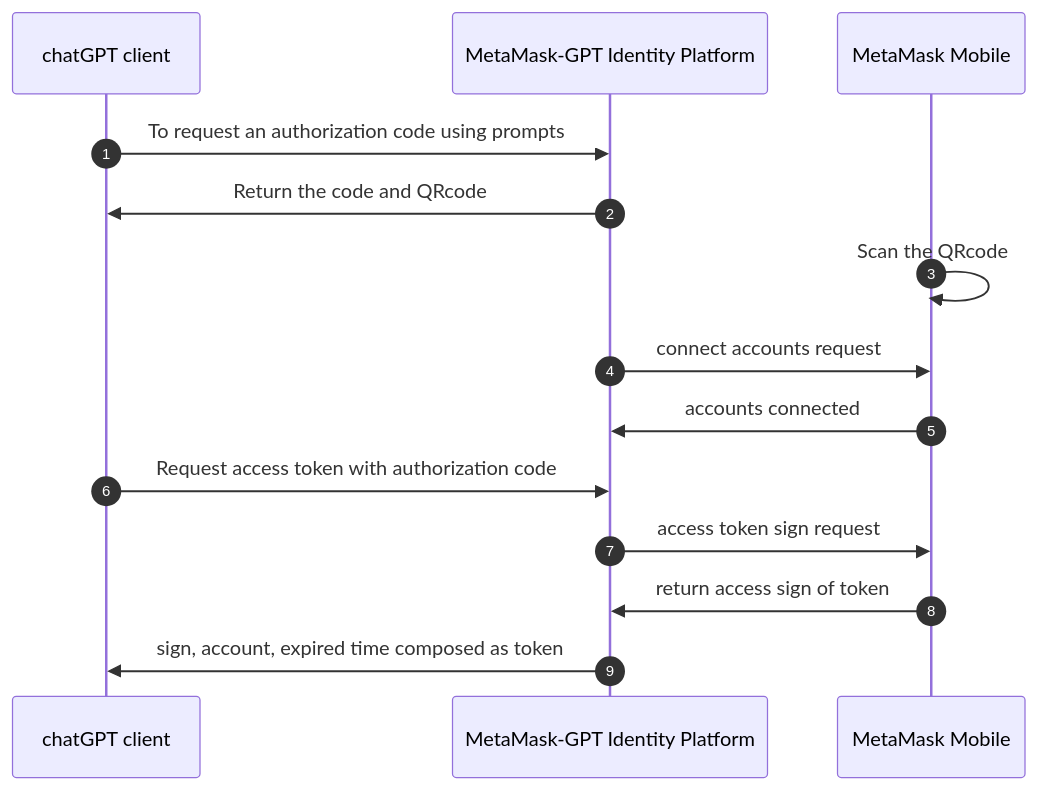
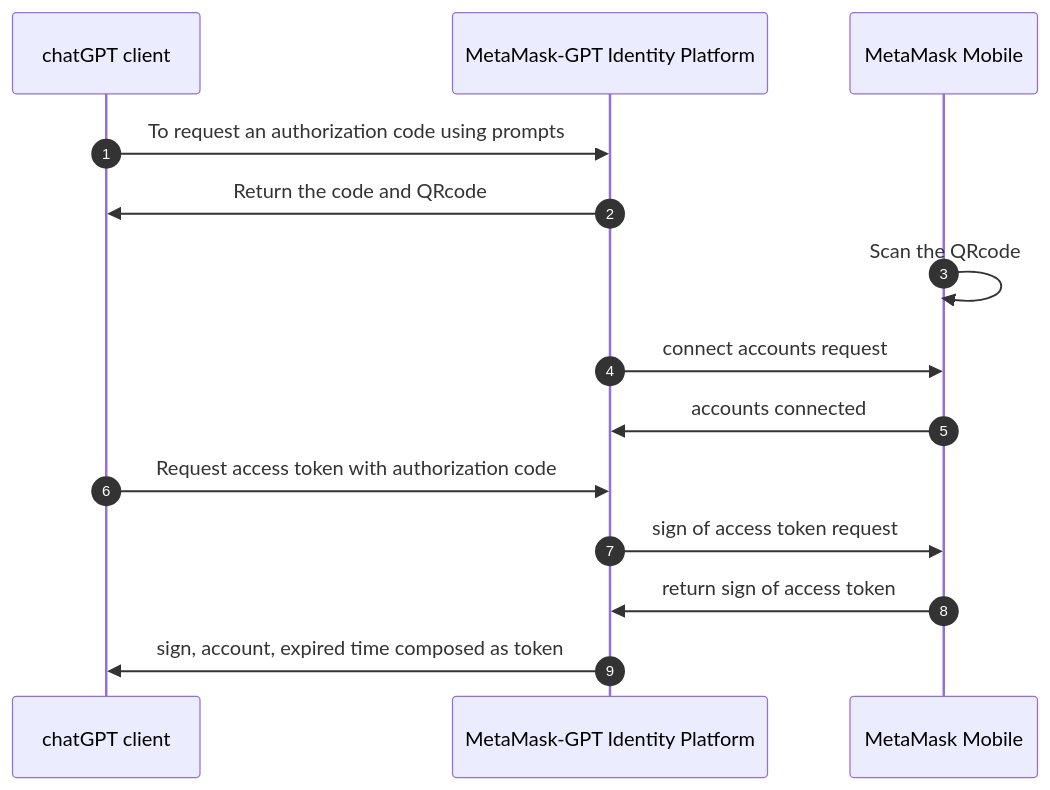
Before and after one commit to TheBestOrNothing/thebestornothing.github.io: the diagram in website/docs/metamaskGPT/connect.mdx, drawn with Mermaid.

````diff
--- a/website/docs/metamaskGPT/connect.mdx
+++ b/website/docs/metamaskGPT/connect.mdx
@@ -29,19 +29,19 @@
 ```mermaid
 
 sequenceDiagram
     autonumber
     participant chatGPTClient as chatGPT client
     participant MetaMask-GPTIdentityPlatform as MetaMask-GPT Identity Platform
     participant MetaMaskMobile as MetaMask Mobile
 
     chatGPTClient->>MetaMask-GPTIdentityPlatform: To request an authorization code using prompts
     MetaMask-GPTIdentityPlatform->>chatGPTClient: Return the code and QRcode
     MetaMaskMobile->>MetaMaskMobile: Scan the QRcode 
     MetaMask-GPTIdentityPlatform->>MetaMaskMobile: connect accounts request
     MetaMaskMobile->>MetaMask-GPTIdentityPlatform: accounts connected
     chatGPTClient->>MetaMask-GPTIdentityPlatform: Request access token with authorization code
-    MetaMask-GPTIdentityPlatform->>MetaMaskMobile: access token sign request
-    MetaMaskMobile->>MetaMask-GPTIdentityPlatform: return access sign of token 
+    MetaMask-GPTIdentityPlatform->>MetaMaskMobile: sign of access token  request
+    MetaMaskMobile->>MetaMask-GPTIdentityPlatform: return sign of access token 
     MetaMask-GPTIdentityPlatform->>chatGPTClient: sign, account, expired time composed as token
 
 ```
````
